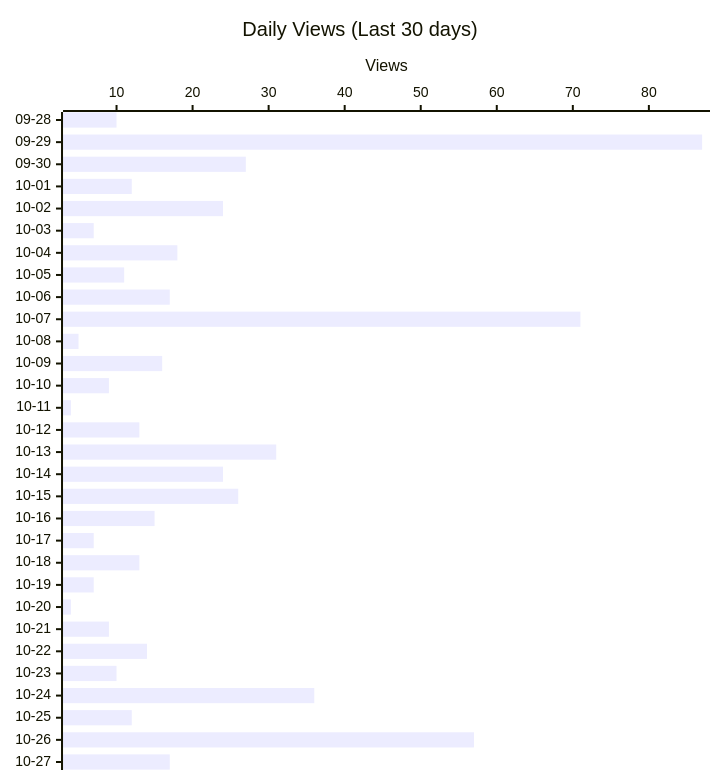
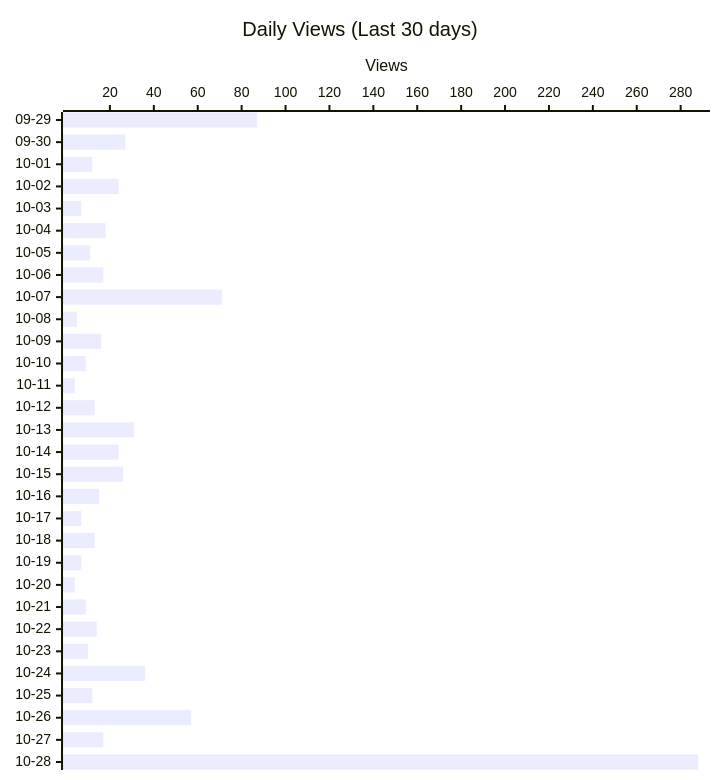
The second of 4 diagrams in README.md (shigechika/github-insights), drawn with Mermaid before and after one commit. The commit also changed other lines of this file and 1 other file, not shown here.

````diff
--- a/README.md
+++ b/README.md
@@ -28,12 +28,12 @@
 ```mermaid
 ---
 config:
   xyChart:
     height: 760
 ---
 xychart-beta horizontal
     title "Daily Views (Last 30 days)"
-    x-axis ["09-28", "09-29", "09-30", "10-01", "10-02", "10-03", "10-04", "10-05", "10-06", "10-07", "10-08", "10-09", "10-10", "10-11", "10-12", "10-13", "10-14", "10-15", "10-16", "10-17", "10-18", "10-19", "10-20", "10-21", "10-22", "10-23", "10-24", "10-25", "10-26", "10-27"]
+    x-axis ["09-29", "09-30", "10-01", "10-02", "10-03", "10-04", "10-05", "10-06", "10-07", "10-08", "10-09", "10-10", "10-11", "10-12", "10-13", "10-14", "10-15", "10-16", "10-17", "10-18", "10-19", "10-20", "10-21", "10-22", "10-23", "10-24", "10-25", "10-26", "10-27", "10-28"]
     y-axis "Views"
-    bar [10, 87, 27, 12, 24, 7, 18, 11, 17, 71, 5, 16, 9, 4, 13, 31, 24, 26, 15, 7, 13, 7, 4, 9, 14, 10, 36, 12, 57, 17]
+    bar [87, 27, 12, 24, 7, 18, 11, 17, 71, 5, 16, 9, 4, 13, 31, 24, 26, 15, 7, 13, 7, 4, 9, 14, 10, 36, 12, 57, 17, 288]
 ```
````
